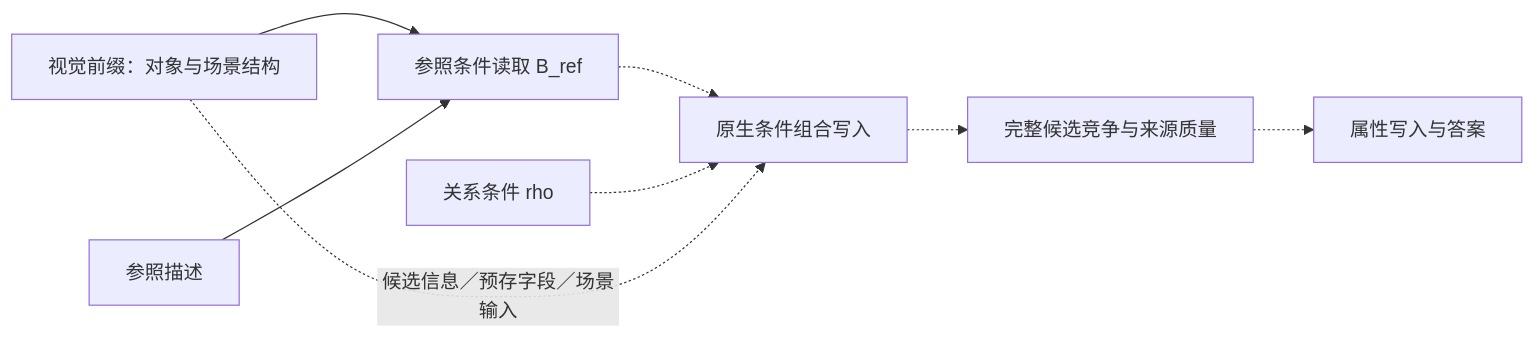
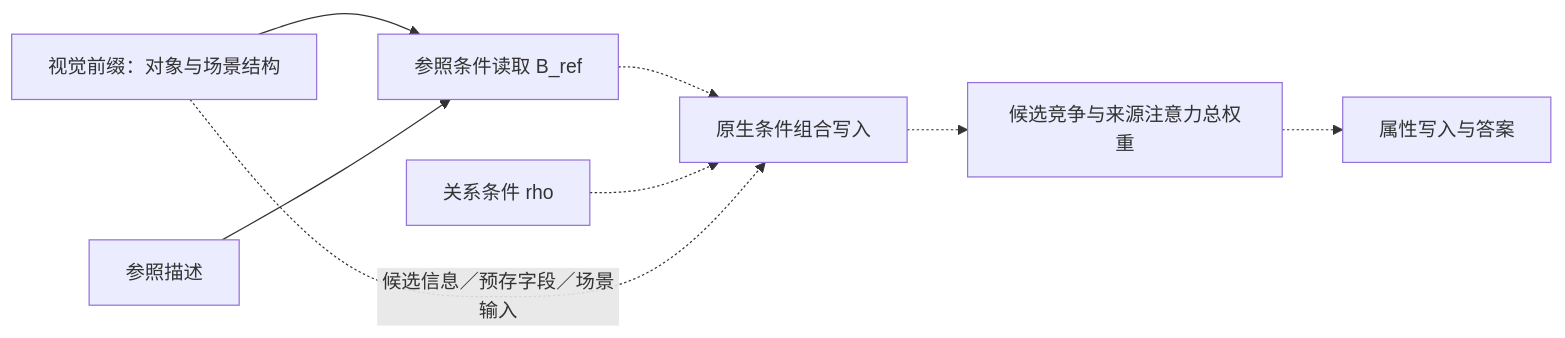
Before and after one commit to elebirds/reladdr: the diagram in docs/research/04_mechanism_hypotheses.md, drawn with Mermaid. The commit also changed other lines of this file and 17 other files, not shown here.

````diff
--- a/docs/research/04_mechanism_hypotheses.md
+++ b/docs/research/04_mechanism_hypotheses.md
@@ -9,10 +9,10 @@
 ```mermaid
 flowchart LR
   V["视觉前缀：对象与场景结构"] --> B["参照条件读取 B_ref"]
   Q["参照描述"] --> B
   B -.-> M["原生条件组合写入"]
   P["关系条件 rho"] -.-> M
   V -. "候选信息／预存字段／场景输入" .-> M
-  M -.-> S["完整候选竞争与来源质量"]
+  M -.-> S["候选竞争与来源注意力总权重"]
   S -.-> F["属性写入与答案"]
 ```
````
